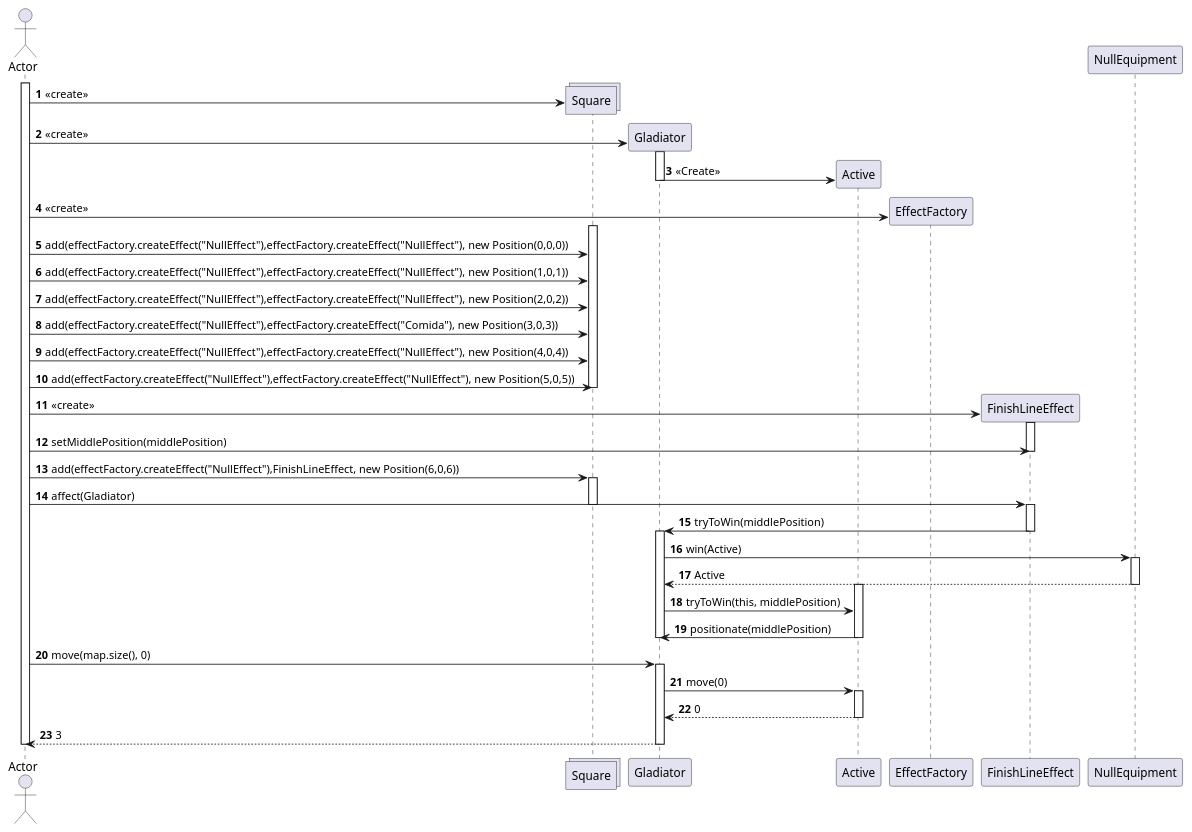
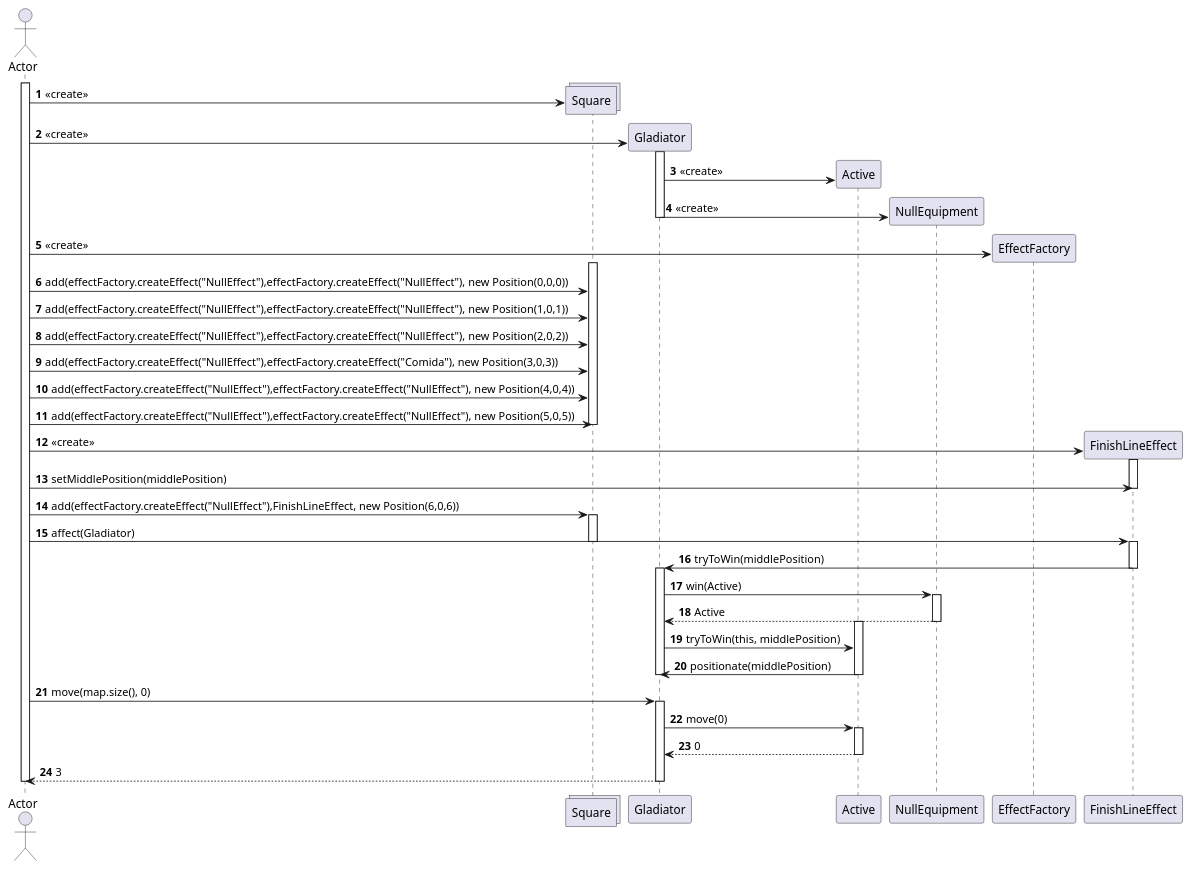
One commit to PabloGCH/tp2-algo3 changed the diagram in diagrams/sequences/FinishLineEffect without key.puml. Above: the diagram before and after it, drawn with PlantUML. The commit also changed 3 other files, not shown here.

```diff
--- a/diagrams/sequences/FinishLineEffect without key.puml
+++ b/diagrams/sequences/FinishLineEffect without key.puml
@@ -1,57 +1,64 @@
 @startuml
 autonumber
 actor Actor
 activate Actor
 create collections Square
 Actor -> Square: <<create>>
 
 create  Gladiator
 Actor -> Gladiator: <<create>>
 activate Gladiator
     create Active
-    Gladiator -> Active : <<Create>>
+    Gladiator -> Active : <<create>>
+    create NullEquipment
+    Gladiator -> NullEquipment: <<create>>
 deactivate Gladiator
 
 create EffectFactory
 Actor -> EffectFactory: <<create>>
 activate Square
-Actor -> Square: add(effectFactory.createEffect("NullEffect"),effectFactory.createEffect("NullEffect"), new Position(0,0,0))
-Actor -> Square: add(effectFactory.createEffect("NullEffect"),effectFactory.createEffect("NullEffect"), new Position(1,0,1))
-Actor -> Square: add(effectFactory.createEffect("NullEffect"),effectFactory.createEffect("NullEffect"), new Position(2,0,2))
-Actor -> Square: add(effectFactory.createEffect("NullEffect"),effectFactory.createEffect("Comida"), new Position(3,0,3))
-Actor -> Square: add(effectFactory.createEffect("NullEffect"),effectFactory.createEffect("NullEffect"), new Position(4,0,4))
-Actor -> Square: add(effectFactory.createEffect("NullEffect"),effectFactory.createEffect("NullEffect"), new Position(5,0,5))
+    Actor -> Square: add(effectFactory.createEffect("NullEffect"),effectFactory.createEffect("NullEffect"), new Position(0,0,0))
+    Actor -> Square: add(effectFactory.createEffect("NullEffect"),effectFactory.createEffect("NullEffect"), new Position(1,0,1))
+    Actor -> Square: add(effectFactory.createEffect("NullEffect"),effectFactory.createEffect("NullEffect"), new Position(2,0,2))
+    Actor -> Square: add(effectFactory.createEffect("NullEffect"),effectFactory.createEffect("Comida"), new Position(3,0,3))
+    Actor -> Square: add(effectFactory.createEffect("NullEffect"),effectFactory.createEffect("NullEffect"), new Position(4,0,4))
+    Actor -> Square: add(effectFactory.createEffect("NullEffect"),effectFactory.createEffect("NullEffect"), new Position(5,0,5))
 deactivate Square
 
 create FinishLineEffect
 Actor -> FinishLineEffect: <<create>>
 activate FinishLineEffect
-Actor -> FinishLineEffect: setMiddlePosition(middlePosition)
+    Actor -> FinishLineEffect: setMiddlePosition(middlePosition)
 deactivate FinishLineEffect
+
 Actor -> Square: add(effectFactory.createEffect("NullEffect"),FinishLineEffect, new Position(6,0,6))
 activate Square
-Actor -> FinishLineEffect: affect(Gladiator)
+    Actor -> FinishLineEffect: affect(Gladiator)
 deactivate Square
+
 activate FinishLineEffect
-FinishLineEffect -> Gladiator: tryToWin(middlePosition)
+    FinishLineEffect -> Gladiator: tryToWin(middlePosition)
 deactivate FinishLineEffect
+
 activate Gladiator
-Gladiator -> NullEquipment: win(Active)
-activate NullEquipment
-NullEquipment --> Gladiator: Active
-deactivate NullEquipment
-activate Active
-Gladiator -> Active: tryToWin(this, middlePosition)
-Active -> Gladiator: positionate(middlePosition)
-deactivate Active
+    Gladiator -> NullEquipment: win(Active)
+    activate NullEquipment
+        NullEquipment --> Gladiator: Active
+    deactivate NullEquipment
+    activate Active
+        Gladiator -> Active: tryToWin(this, middlePosition)
+        Active -> Gladiator: positionate(middlePosition)
+    deactivate Active
 deactivate Gladiator
+
 Actor -> Gladiator: move(map.size(), 0)
 activate Gladiator
-Gladiator -> Active: move(0)
-activate Active
-Active --> Gladiator: 0
-deactivate Active
-Gladiator --> Actor: 3
+    Gladiator -> Active: move(0)
+    activate Active
+        Active --> Gladiator: 0
+    deactivate Active
+    Gladiator --> Actor: 3
 deactivate Gladiator
+
 deactivate Actor
 @enduml
```
